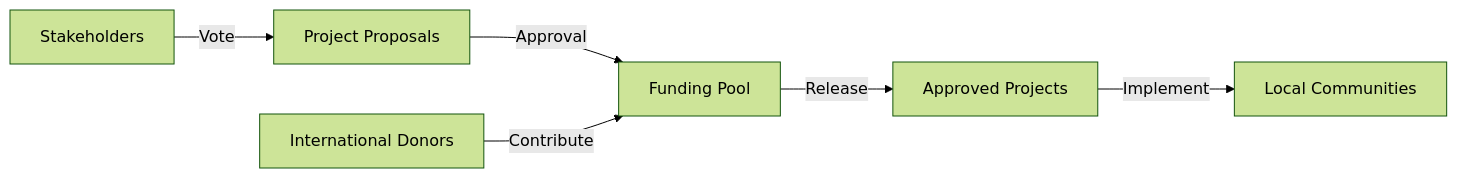
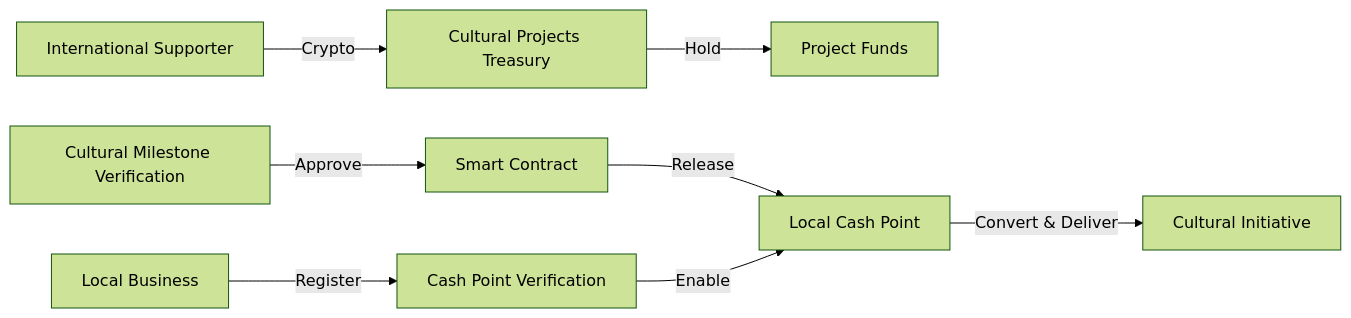
The first of 8 diagrams in README.md (tapilew/equilibrio-alpha), drawn with Mermaid (forest theme) before and after one commit. The commit also changed other lines of this file, not shown here.

````diff
--- a/README.md
+++ b/README.md
@@ -65,8 +92,10 @@
    ```mermaid
    graph LR
-       A[Stakeholders] -->|Vote| B[Project Proposals]
-       B -->|Approval| C[Funding Pool]
-       D[International Donors] -->|Contribute| C
-       C -->|Release| E[Approved Projects]
-       E -->|Implement| F[Local Communities]
+       A[International Supporter] -->|Crypto| B[Cultural Projects Treasury]
+       B -->|Hold| C[Project Funds]
+       D[Cultural Milestone Verification] -->|Approve| E[Smart Contract]
+       E -->|Release| F[Local Cash Point]
+       F -->|Convert & Deliver| G[Cultural Initiative]
+       H[Local Business] -->|Register| I[Cash Point Verification]
+       I -->|Enable| F
    ```
````
